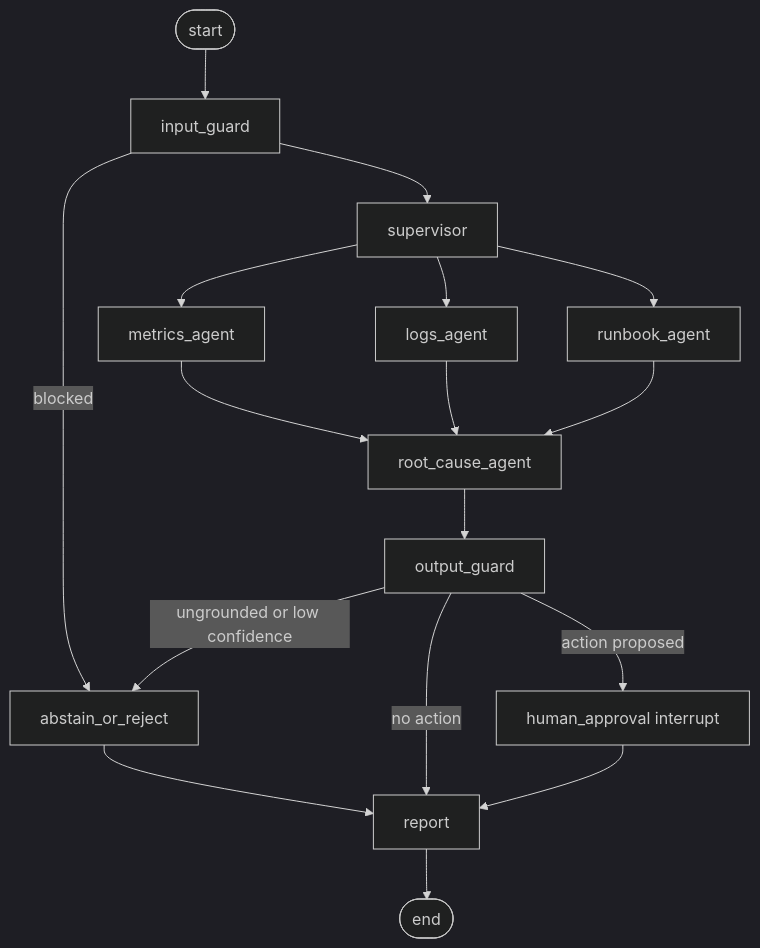
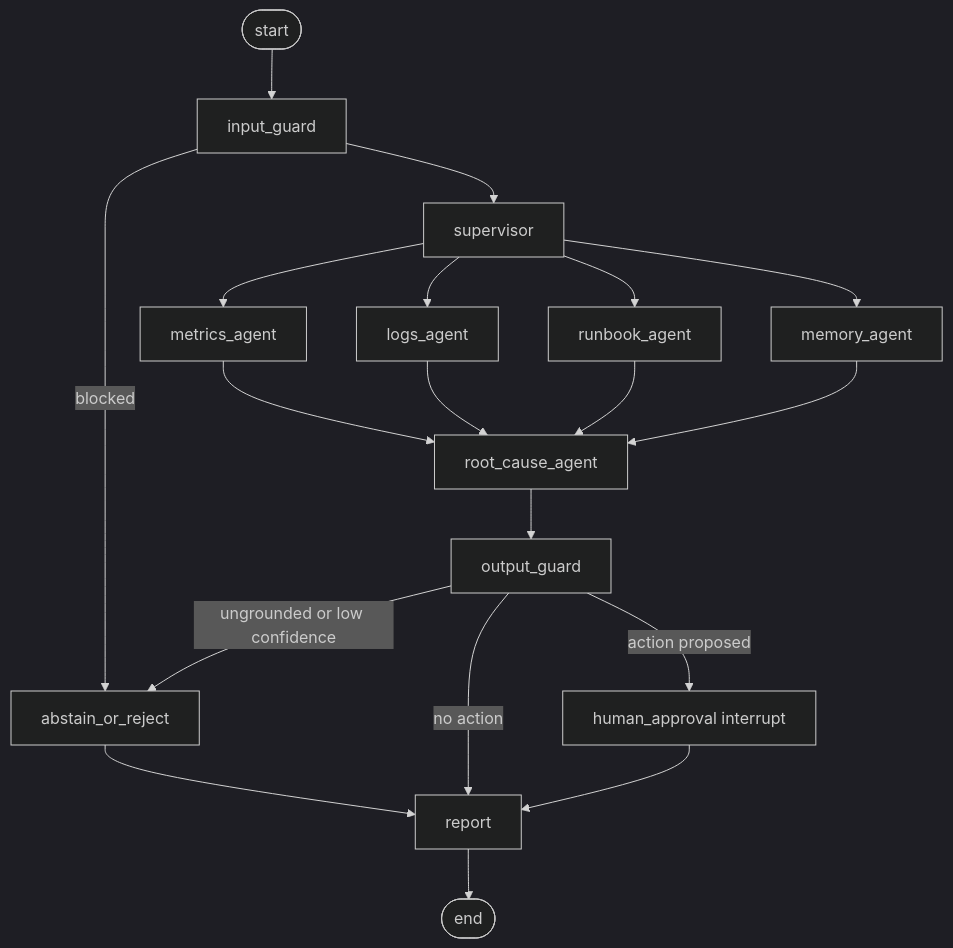
One commit to MayankV004/incidentiq changed the diagram in docs/06_AGENT_AND_MCP_DESIGN.md. Above: the diagram before and after it, drawn with Mermaid (dark theme). The commit also changed other lines of this file and 7 other files, not shown here.

Commit message:
docs: update architecture, database schema, API spec, and agent design for episodic memory and feedback integration

````diff
--- a/docs/06_AGENT_AND_MCP_DESIGN.md
+++ b/docs/06_AGENT_AND_MCP_DESIGN.md
@@ -52,19 +52,21 @@
 ```mermaid
 flowchart TD
   S([start]) --> IG[input_guard]
   IG -->|blocked| AB[abstain_or_reject]
   IG --> SUP[supervisor]
   SUP --> MA[metrics_agent]
   SUP --> LA[logs_agent]
   SUP --> RA[runbook_agent]
+  SUP --> MEM[memory_agent]
   MA --> RCA[root_cause_agent]
   LA --> RCA
   RA --> RCA
+  MEM --> RCA
   RCA --> OG[output_guard]
   OG -->|ungrounded or low confidence| AB
   OG -->|no action| REP[report]
   OG -->|action proposed| HA[human_approval interrupt]
   HA --> REP
   AB --> REP
   REP --> E([end])
 ```
````
